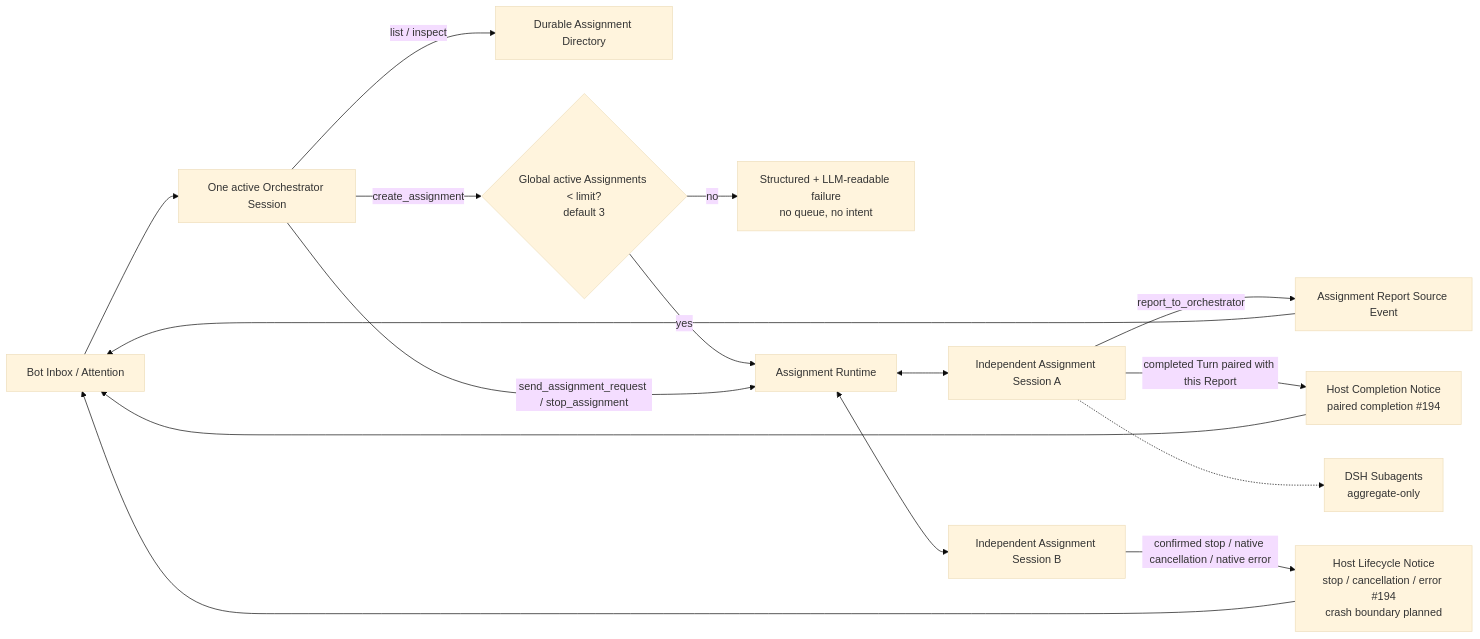
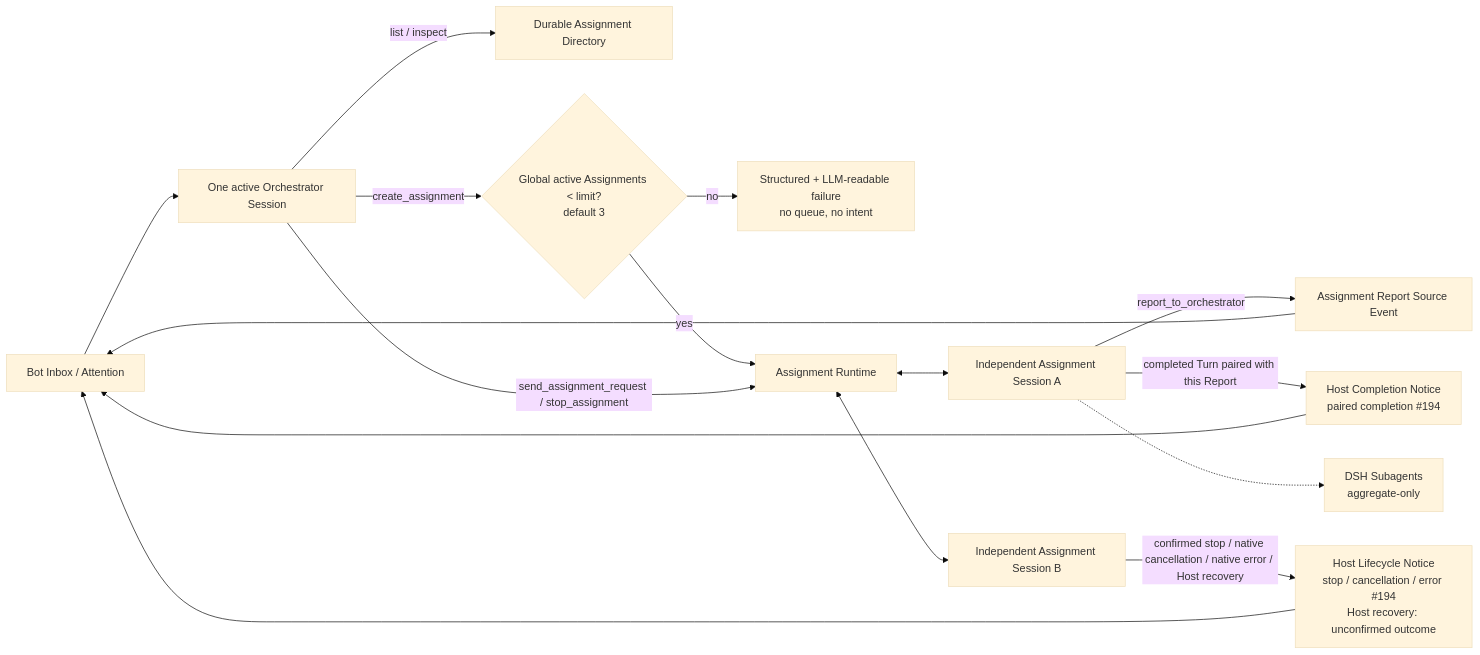
The fifth of 7 diagrams in docs/architecture/botharness-architecture.en.md (BotHarness/BotHarness), drawn with Mermaid (base theme) before and after one commit. The commit also changed other lines of this file and 19 other files, not shown here.

````diff
--- a/docs/architecture/botharness-architecture.en.md
+++ b/docs/architecture/botharness-architecture.en.md
@@ -348,18 +348,18 @@
 ```mermaid
 flowchart LR
   Inbox["Bot Inbox / Attention"] --> O["One active Orchestrator Session"]
   O -->|"list / inspect"| Dir["Durable Assignment Directory"]
   O -->|"create_assignment"| Gate{"Global active Assignments < limit?<br/>default 3"}
   Gate -- "no" --> Error["Structured + LLM-readable failure<br/>no queue, no intent"]
   Gate -- "yes" --> Runtime["Assignment Runtime"]
   O -->|"send_assignment_request / stop_assignment"| Runtime
   Runtime <--> W1["Independent Assignment Session A"]
   Runtime <--> W2["Independent Assignment Session B"]
   W1 -->|"report_to_orchestrator"| Report["Assignment Report Source Event"]
   W1 -->|"completed Turn paired with this Report"| Completion["Host Completion Notice<br/>paired completion #194"]
-  W2 -->|"confirmed stop / native cancellation / native error"| Notice["Host Lifecycle Notice<br/>stop / cancellation / error #194<br/>crash boundary planned"]
+  W2 -->|"confirmed stop / native cancellation / native error / Host recovery"| Notice["Host Lifecycle Notice<br/>stop / cancellation / error #194<br/>Host recovery: unconfirmed outcome"]
   Report --> Inbox
   Completion --> Inbox
   Notice --> Inbox
   W1 -.-> Sub["DSH Subagents<br/>aggregate-only"]
 ```
````
